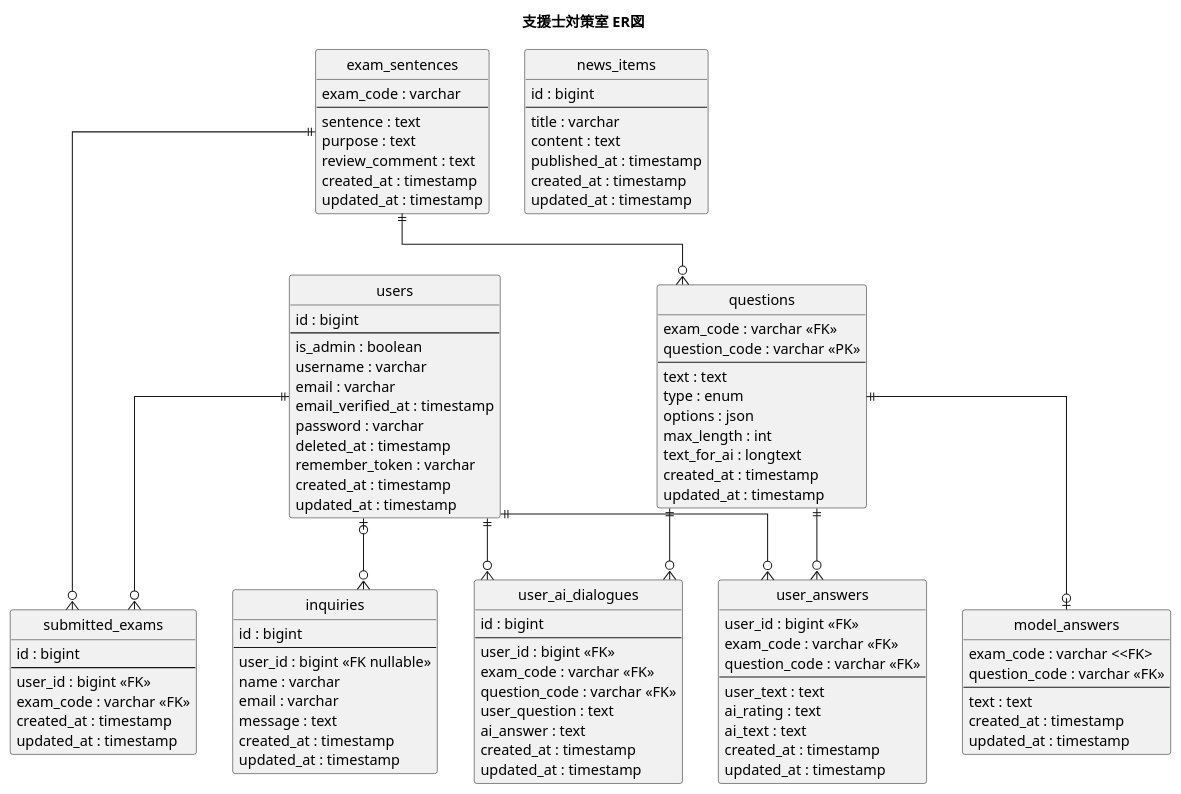
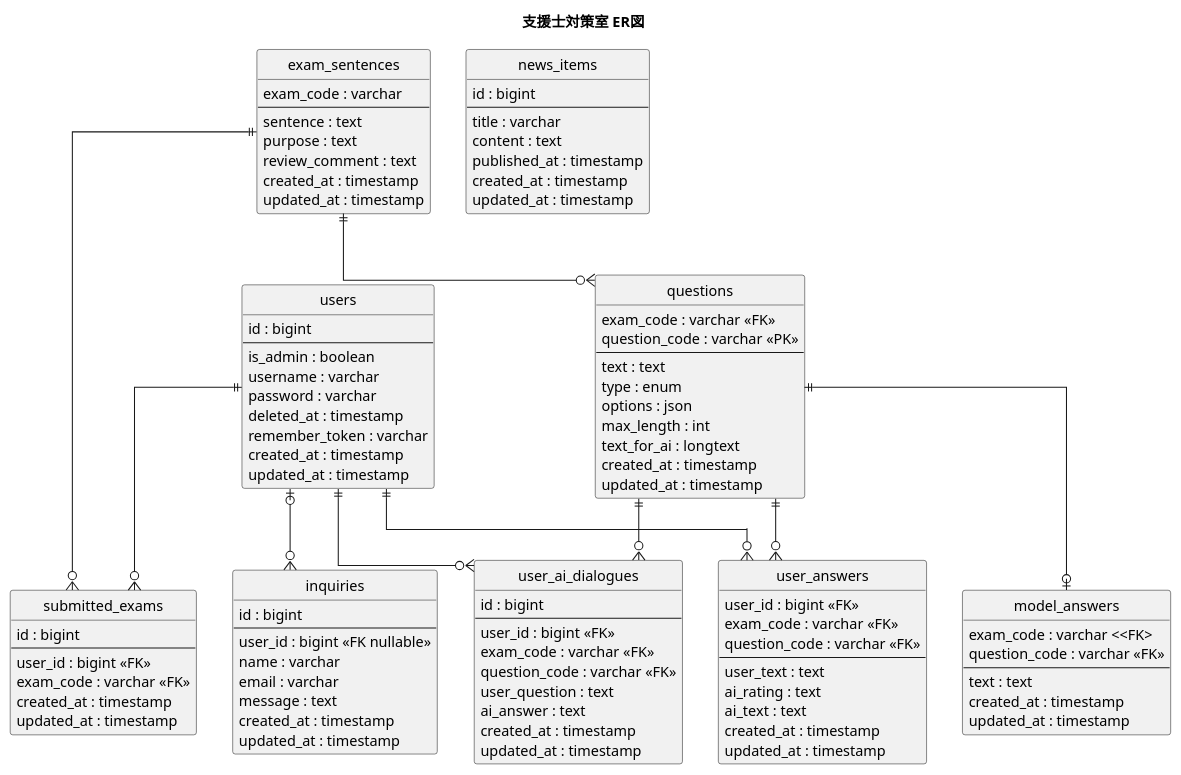
Before and after one commit to progundeike/shienshi-app: the diagram in docs/er.puml, drawn with PlantUML. The commit also changed 2 other files, not shown here.

Commit message:
ER図を修正

```diff
--- a/docs/er.puml
+++ b/docs/er.puml
@@ -1,119 +1,117 @@
 @startuml er
 title 支援士対策室 ER図
 hide circle
 skinparam linetype ortho
 skinparam shadowing false
 
 entity "users" as users {
   id : bigint
   --
   is_admin : boolean
   username : varchar
-  email : varchar
-  email_verified_at : timestamp
   password : varchar
   deleted_at : timestamp
   remember_token : varchar
   created_at : timestamp
   updated_at : timestamp
 }
 
 entity "exam_sentences" as exam_sentences {
   exam_code : varchar
   --
   sentence : text
   purpose : text
   review_comment : text
   created_at : timestamp
   updated_at : timestamp
 }
 
 entity "questions" as questions {
   exam_code : varchar <<FK>>
   question_code : varchar <<PK>>
   --
   text : text
   type : enum
   options : json
   max_length : int
   text_for_ai : longtext
   created_at : timestamp
   updated_at : timestamp
 }
 
 entity "model_answers" as model_answers {
   exam_code : varchar <<FK>
   question_code : varchar <<FK>>
   --
   text : text
   created_at : timestamp
   updated_at : timestamp
 }
 
 entity "user_answers" as user_answers {
   user_id : bigint <<FK>>
   exam_code : varchar <<FK>>
   question_code : varchar <<FK>>
   --
   user_text : text
   ai_rating : text
   ai_text : text
   created_at : timestamp
   updated_at : timestamp
 }
 
 entity "user_ai_dialogues" as user_ai_dialogues {
   id : bigint
   --
   user_id : bigint <<FK>>
   exam_code : varchar <<FK>>
   question_code : varchar <<FK>>
   user_question : text
   ai_answer : text
   created_at : timestamp
   updated_at : timestamp
 }
 
 entity "submitted_exams" as submitted_exams {
   id : bigint
   --
   user_id : bigint <<FK>>
   exam_code : varchar <<FK>>
   created_at : timestamp
   updated_at : timestamp
 }
 
 entity "inquiries" as inquiries {
   id : bigint
   --
   user_id : bigint <<FK nullable>>
   name : varchar
   email : varchar
   message : text
   created_at : timestamp
   updated_at : timestamp
 }
 
 entity "news_items" as news_items {
   id : bigint
   --
   title : varchar
   content : text
   published_at : timestamp
   created_at : timestamp
   updated_at : timestamp
 }
 
 users ||--o{ user_answers
 users ||--o{ user_ai_dialogues
 users ||--o{ submitted_exams
 users |o--o{ inquiries
 
 exam_sentences ||--o{ questions
 exam_sentences ||--o{ submitted_exams
 
 questions ||--o| model_answers
 questions ||--o{ user_answers
 questions ||--o{ user_ai_dialogues
 
 @enduml
```
